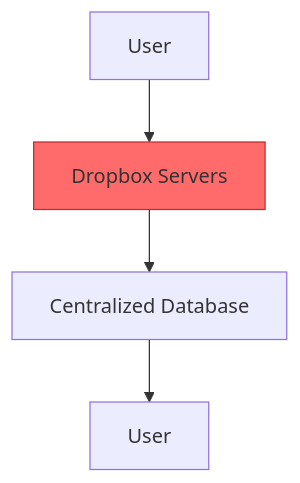
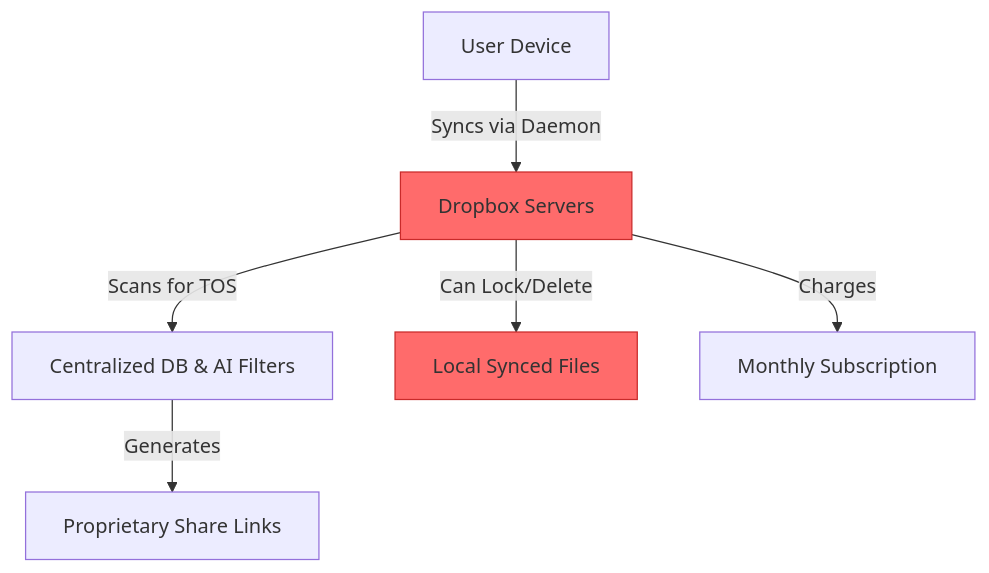
One commit to Elvatar2/Web2-To-Web3-Migration-Guide changed the first of 2 diagrams in 03-storage/02-dropbox-to-filecoin.md. Above: the diagram before and after it, drawn with Mermaid. The commit also changed other lines of this file, not shown here.

````diff
--- a/03-storage/02-dropbox-to-filecoin.md
+++ b/03-storage/02-dropbox-to-filecoin.md
@@ -52,8 +62,11 @@
 ```mermaid
 graph TB
-    A[User] --> B[Dropbox Servers]
-    B --> C[Centralized Database]
-    C --> D[User]
+    A[User Device] -->|Syncs via Daemon| B[Dropbox Servers]
+    B -->|Scans for TOS| C[Centralized DB & AI Filters]
+    C -->|Generates| D[Proprietary Share Links]
+    B -->|Can Lock/Delete| E[Local Synced Files]
+    B -->|Charges| F[Monthly Subscription]
 
     style B fill:#ff6b6b,stroke:#c92a2a
+    style E fill:#ff6b6b,stroke:#c92a2a
 ```
````
